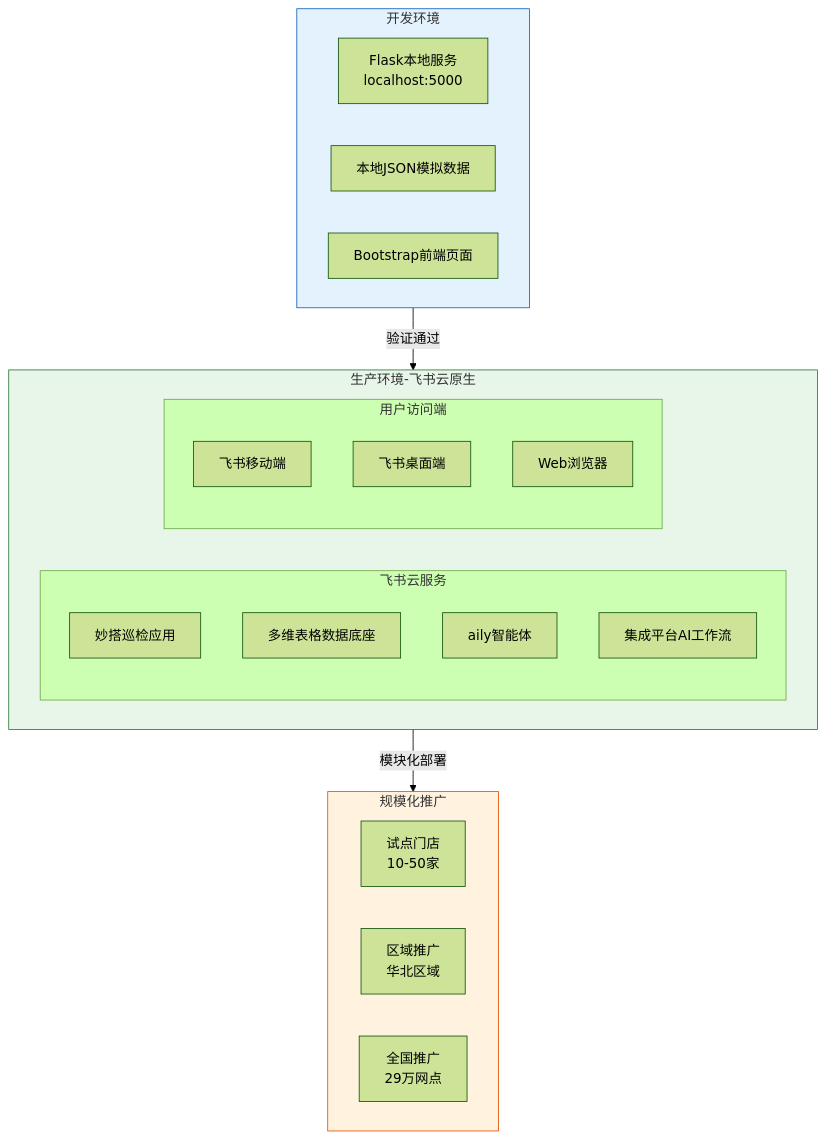
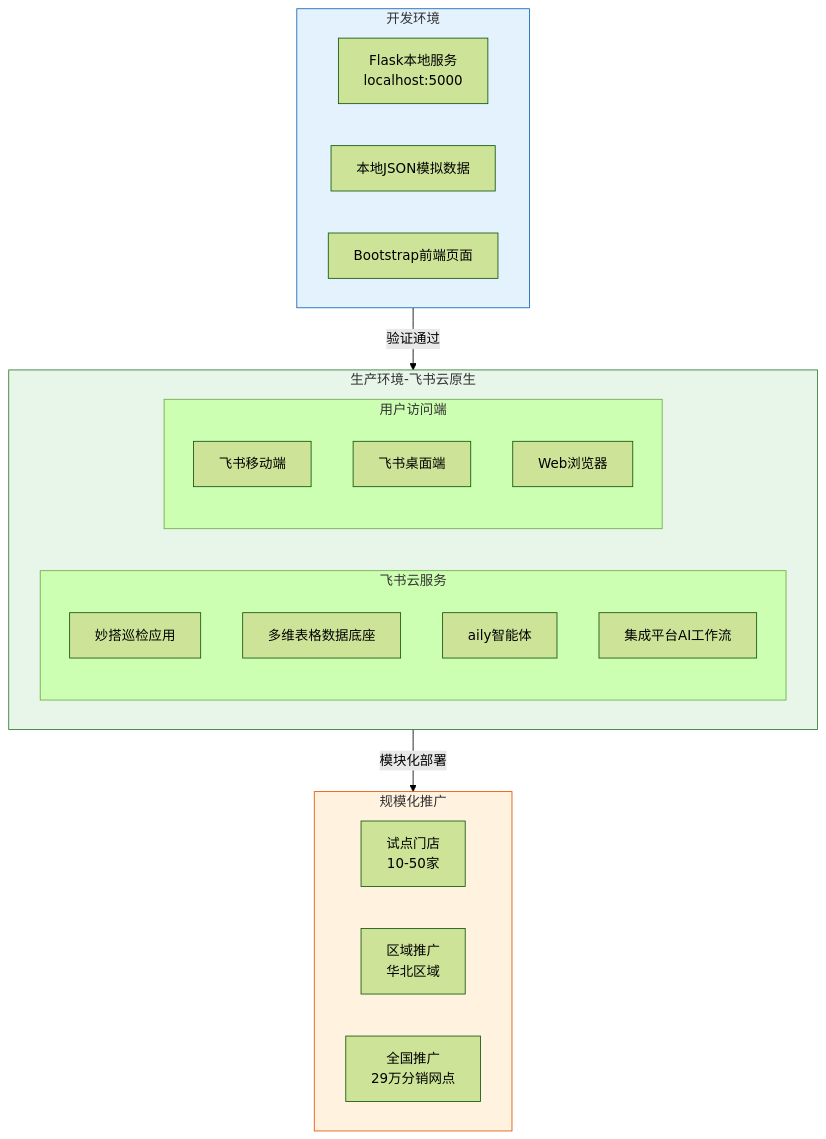
One commit to yunmm123/yuhong-smart-store changed diagram 16 of 17 in docs/02_技术方案架构设计文档.md. Above: the diagram before and after it, drawn with Mermaid (forest theme). The commit also changed other lines of this file and 34 other files, not shown here.

````diff
--- a/docs/02_技术方案架构设计文档.md
+++ b/docs/02_技术方案架构设计文档.md
@@ -860,35 +1024,35 @@
 ```mermaid
 flowchart TB
     subgraph 开发环境["开发环境"]
         DEV1["Flask本地服务\nlocalhost:5000"]
         DEV2["本地JSON模拟数据"]
         DEV3["Bootstrap前端页面"]
     end
 
     subgraph 生产环境["生产环境-飞书云原生"]
         subgraph 飞书云["飞书云服务"]
             PRD1["妙搭巡检应用"]
             PRD2["多维表格数据底座"]
             PRD3["aily智能体"]
             PRD4["集成平台AI工作流"]
         end
         subgraph 访问端["用户访问端"]
             C1["飞书移动端"]
             C2["飞书桌面端"]
             C3["Web浏览器"]
         end
     end
 
     subgraph 推广["规模化推广"]
         S1["试点门店\n10-50家"]
         S2["区域推广\n华北区域"]
-        S3["全国推广\n29万网点"]
+        S3["全国推广\n29万分销网点"]
     end
 
     开发环境 -->|"验证通过"| 生产环境
     生产环境 -->|"模块化部署"| 推广
 
     style 开发环境 fill:#E3F2FD,stroke:#1565C0
     style 生产环境 fill:#E8F5E9,stroke:#2E7D32
     style 推广 fill:#FFF3E0,stroke:#E65100
 ```
````
